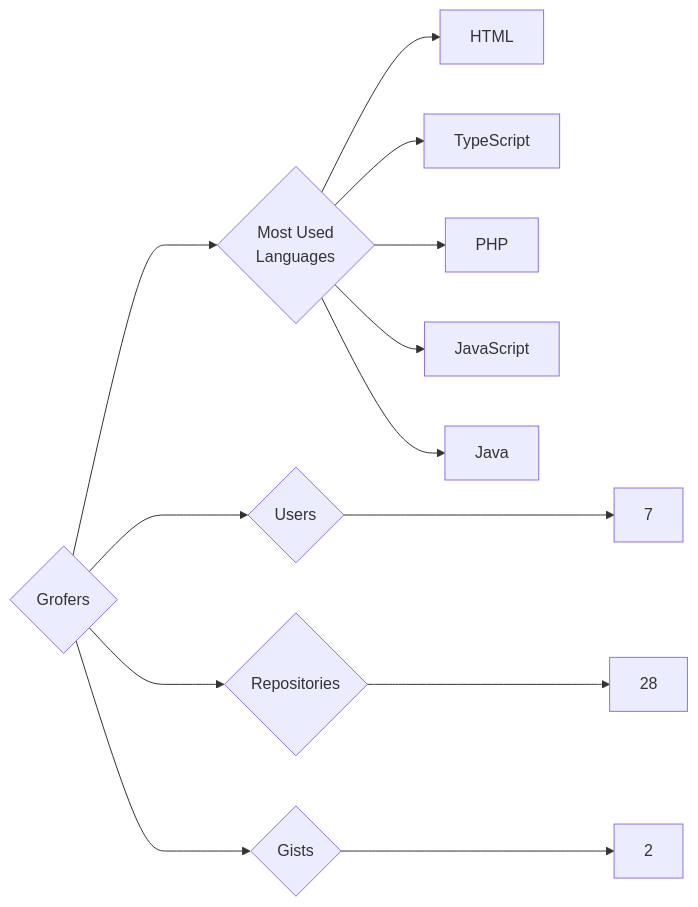
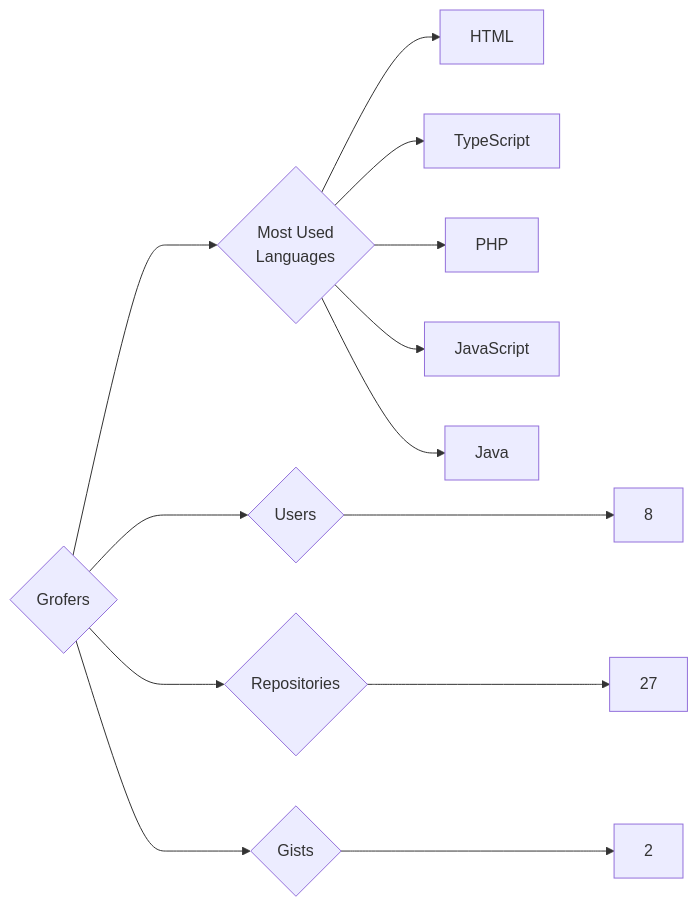
The diagram in targets/Grofers/README.md (trickest/insiders), drawn with Mermaid before and after one commit. The commit also changed 1023 other files, not shown here.

````diff
--- a/targets/Grofers/README.md
+++ b/targets/Grofers/README.md
@@ -3,13 +3,13 @@
 ```mermaid
 graph LR
 COMPANY_NAME{Grofers}
-COMPANY_NAME ---> U{Users} ---> UN[7]
-COMPANY_NAME ---> R{Repositories} ---> RN[28]
+COMPANY_NAME ---> U{Users} ---> UN[8]
+COMPANY_NAME ---> R{Repositories} ---> RN[27]
 COMPANY_NAME ---> G{Gists} ---> GN[2]
 COMPANY_NAME ---> ML{Most Used<br>Languages}
 ML --> HTML[HTML]
 ML --> TypeScript[TypeScript]
 ML --> PHP[PHP]
 ML --> JavaScript[JavaScript]
 ML --> Java[Java]
 ```
````
